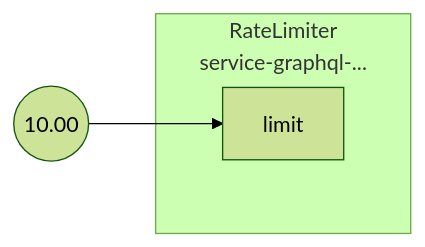
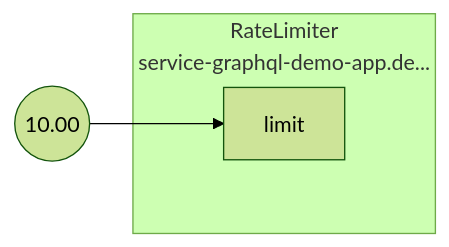
One commit to dataongunlaws/aperture changed the diagram in docs/content/tutorials/integrations/flow-control/classification/assets/graphql-rate-limiting/graphql-rate-limiting-jwt.mmd. Above: the diagram before and after it, drawn with Mermaid (forest theme). The commit also changed 60 other files, not shown here.

First line of the commit message:
mermaid: do not render unused ports (#1218)

```diff
--- a/docs/content/tutorials/integrations/flow-control/classification/assets/graphql-rate-limiting/graphql-rate-limiting-jwt.mmd
+++ b/docs/content/tutorials/integrations/flow-control/classification/assets/graphql-rate-limiting/graphql-rate-limiting-jwt.mmd
@@ -1,9 +1,9 @@
 flowchart LR
-subgraph root.0[<center>RateLimiter<br/>service-graphql-...</center>]
+FakeConstant0((10.00))
+FakeConstant0 --> root.0limit
+subgraph root.0[<center>RateLimiter<br/>service-graphql-demo-app.de...</center>]
 subgraph root.0_inports[ ]
 style root.0_inports fill:none,stroke:none
 root.0limit[limit]
 end
 end
-FakeConstant0((10.00))
-FakeConstant0 --> root.0limit
```
